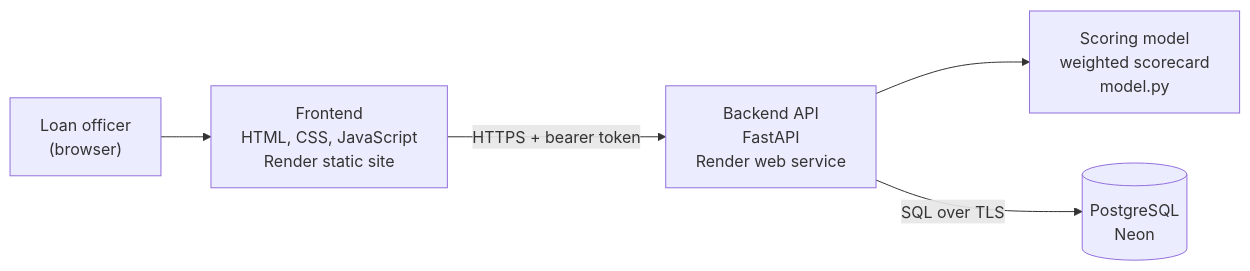
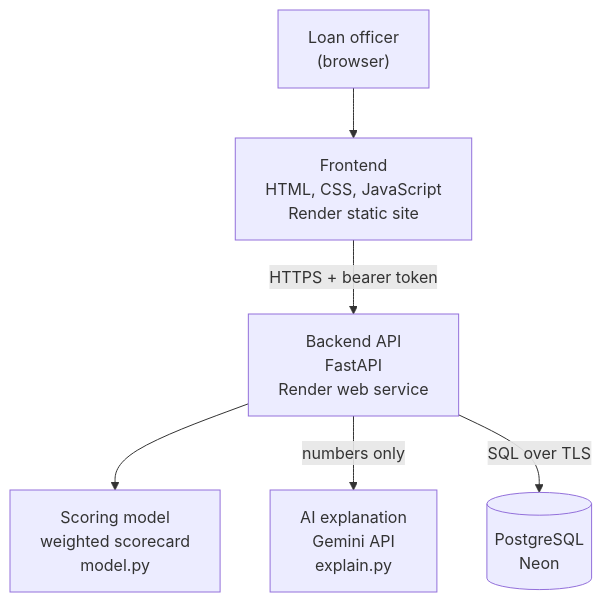
One commit to f20230861-Svk/credit-risk-assessment changed the diagram in README.md. Above: the diagram before and after it, drawn with Mermaid. The commit also changed other lines of this file and 5 other files, not shown here.

````diff
--- a/README.md
+++ b/README.md
@@ -29,7 +29,8 @@
 ```mermaid
-flowchart LR
+flowchart TD
     U["Loan officer<br/>(browser)"] --> F["Frontend<br/>HTML, CSS, JavaScript<br/>Render static site"]
     F -->|"HTTPS + bearer token"| B["Backend API<br/>FastAPI<br/>Render web service"]
     B --> M["Scoring model<br/>weighted scorecard<br/>model.py"]
+    B -->|"numbers only"| L["AI explanation<br/>Gemini API<br/>explain.py"]
     B -->|"SQL over TLS"| D[("PostgreSQL<br/>Neon")]
 ```
````
